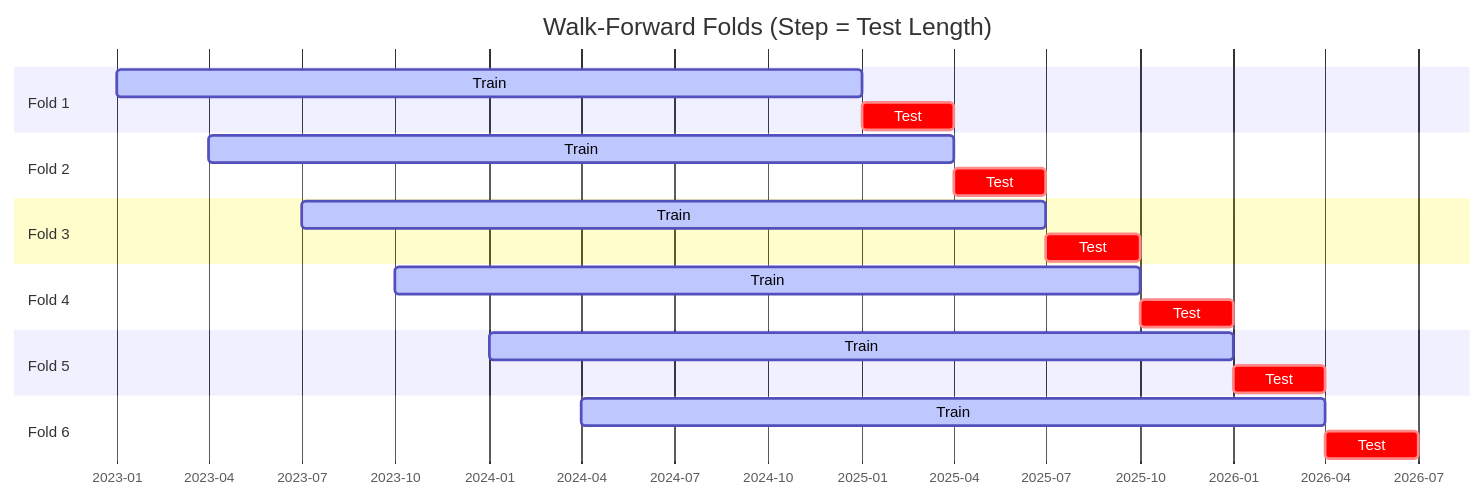
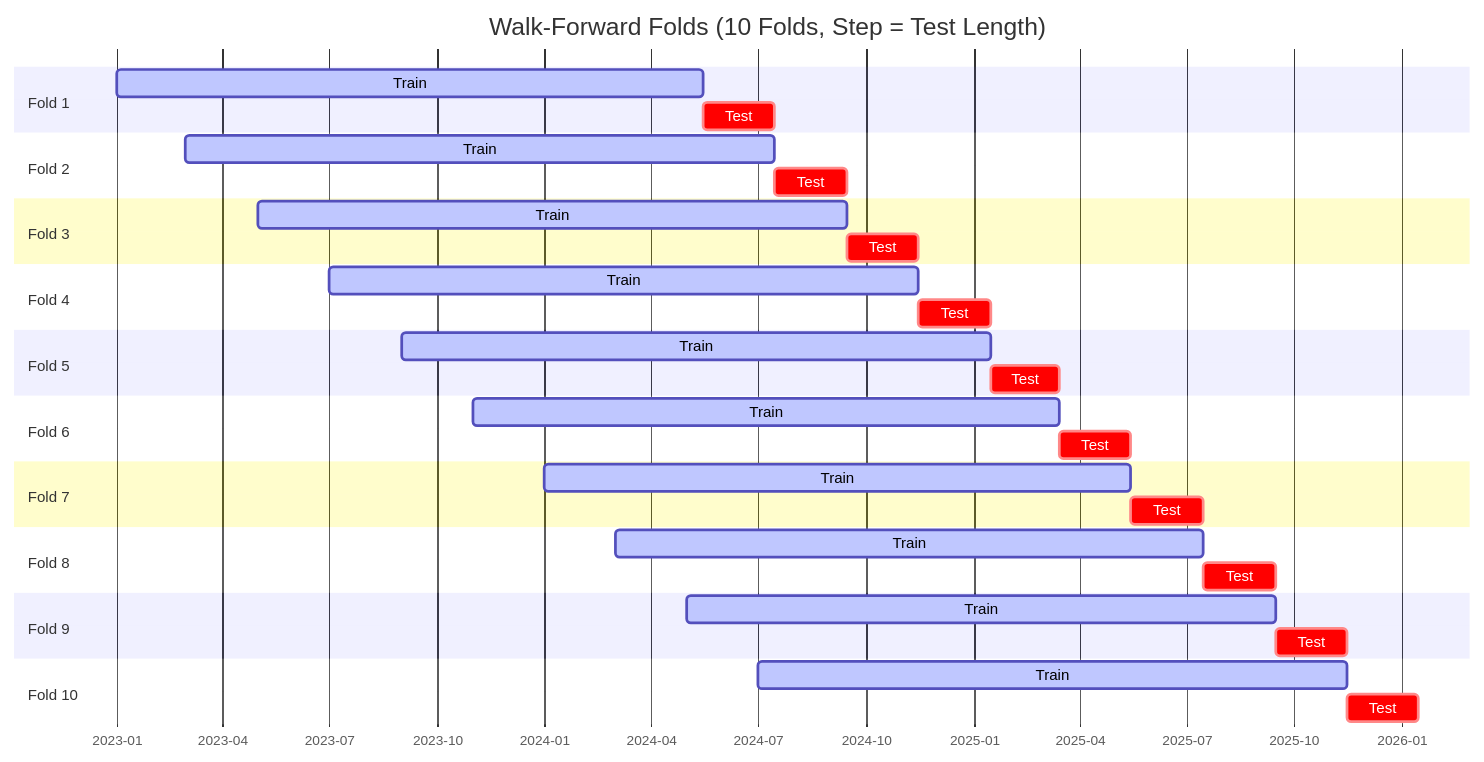
The first of 2 diagrams in docs/architecture.md (garykuepper/ggTrader), drawn with Mermaid before and after one commit. The commit also changed other lines of this file, not shown here.

Commit message:
docs: update architecture to reflect 10-fold WFO structure

````diff
--- a/docs/architecture.md
+++ b/docs/architecture.md
@@ -148,30 +148,46 @@
 ```mermaid
 gantt
-    title Walk-Forward Folds (Step = Test Length)
+    title Walk-Forward Folds (10 Folds, Step = Test Length)
     dateFormat  YYYY-MM-DD
     axisFormat  %Y-%m
     
     section Fold 1
-    Train       :active, f1_tr, 2023-01-01, 2025-01-01
-    Test        :crit, f1_ts, 2025-01-01, 2025-04-01
+    Train       :active, f1_tr, 2023-01-01, 2024-05-15
+    Test        :crit, f1_ts, 2024-05-15, 2024-07-15
     
     section Fold 2
-    Train       :active, f2_tr, 2023-04-01, 2025-04-01
-    Test        :crit, f2_ts, 2025-04-01, 2025-07-01
+    Train       :active, f2_tr, 2023-03-01, 2024-07-15
+    Test        :crit, f2_ts, 2024-07-15, 2024-09-15
     
     section Fold 3
-    Train       :active, f3_tr, 2023-07-01, 2025-07-01
-    Test        :crit, f3_ts, 2025-07-01, 2025-10-01
+    Train       :active, f3_tr, 2023-05-01, 2024-09-15
+    Test        :crit, f3_ts, 2024-09-15, 2024-11-15
     
     section Fold 4
-    Train       :active, f4_tr, 2023-10-01, 2025-10-01
-    Test        :crit, f4_ts, 2025-10-01, 2026-01-01
+    Train       :active, f4_tr, 2023-07-01, 2024-11-15
+    Test        :crit, f4_ts, 2024-11-15, 2025-01-15
 
     section Fold 5
-    Train       :active, f5_tr, 2024-01-01, 2026-01-01
-    Test        :crit, f5_ts, 2026-01-01, 2026-04-01
+    Train       :active, f5_tr, 2023-09-01, 2025-01-15
+    Test        :crit, f5_ts, 2025-01-15, 2025-03-15
 
     section Fold 6
-    Train       :active, f6_tr, 2024-04-01, 2026-04-01
-    Test        :crit, f6_ts, 2026-04-01, 2026-07-01
+    Train       :active, f6_tr, 2023-11-01, 2025-03-15
+    Test        :crit, f6_ts, 2025-03-15, 2025-05-15
+
+    section Fold 7
+    Train       :active, f7_tr, 2024-01-01, 2025-05-15
+    Test        :crit, f7_ts, 2025-05-15, 2025-07-15
+
+    section Fold 8
+    Train       :active, f8_tr, 2024-03-01, 2025-07-15
+    Test        :crit, f8_ts, 2025-07-15, 2025-09-15
+
+    section Fold 9
+    Train       :active, f9_tr, 2024-05-01, 2025-09-15
+    Test        :crit, f9_ts, 2025-09-15, 2025-11-15
+
+    section Fold 10
+    Train       :active, f10_tr, 2024-07-01, 2025-11-15
+    Test        :crit, f10_ts, 2025-11-15, 2026-01-15
 ```
````
